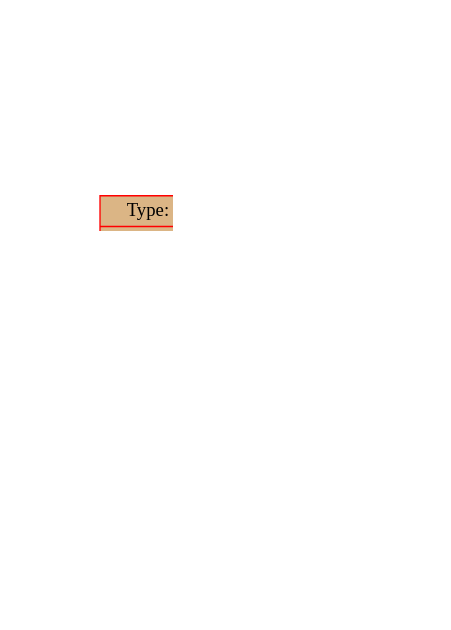
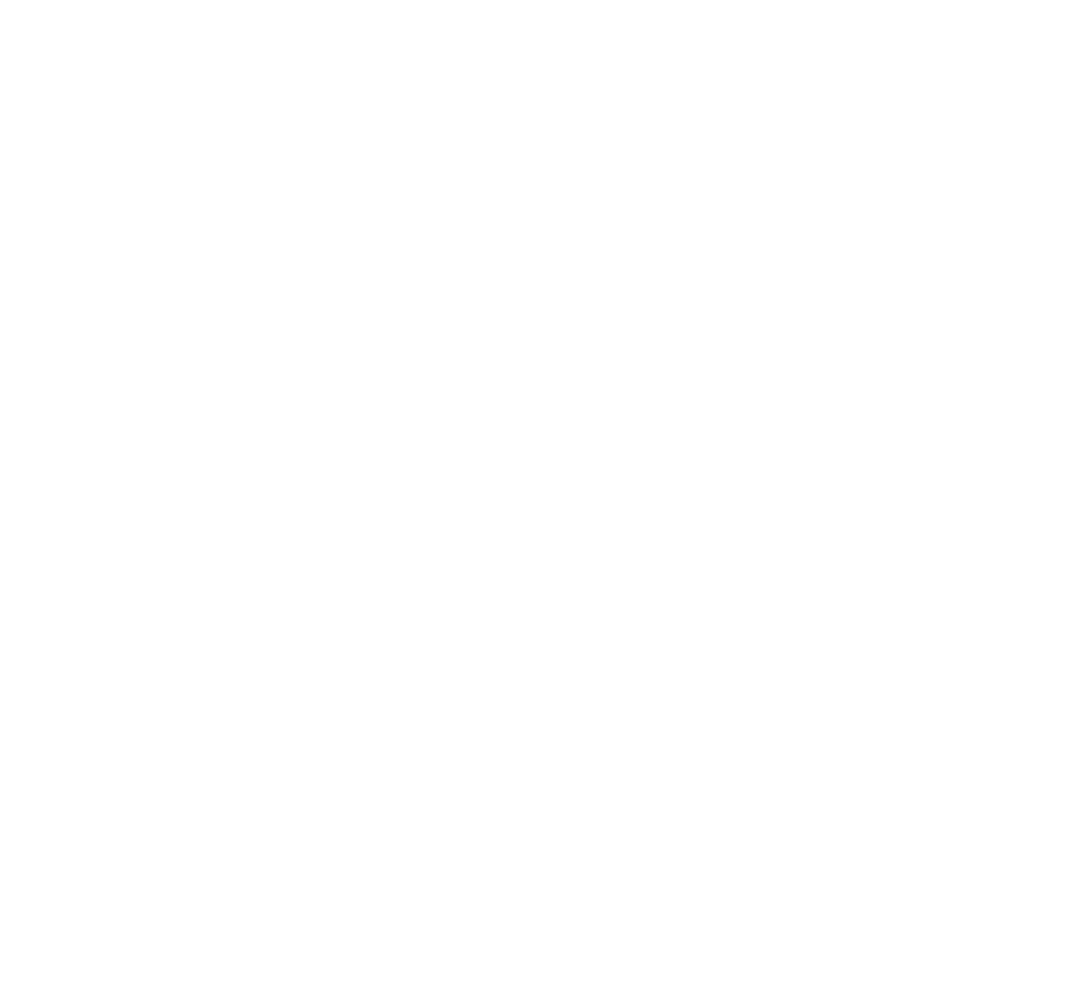
One commit to dodokek/Derivative-Calculator changed the diagram in data/graph.dot. Above: the diagram before and after it, drawn with Graphviz. The commit also changed 4 other files, not shown here.

```diff
--- a/data/graph.dot
+++ b/data/graph.dot
@@ -1,28 +1,52 @@
 
     digraph g {
         dpi      = 200;
         fontname = "Comic Sans MS";
         fontsize = 20;
         rankdir   =  TB;
         edge [color = darkgrey, arrowhead = onormal, arrowsize = 1, penwidth = 1.2]
         graph[fillcolor = lightgreen, ranksep = 1.3, nodesep = 0.5,
         style = "rounded, filled",color = green, penwidth = 2]
 
-    Node000001ccecea1d40[shape=record, width=0.2, style="filled", color="red", fillcolor="#DBB585",label=" {Type: operation | value: ^}"] 
+    Node0000020a9eca6700[shape=record, width=0.2, style="filled", color="red", fillcolor="#DBB585",label=" {Type: operation | value: +}"] 
  
-Node000001ccecea1ce0[shape=record, width=0.2, style="filled", color="red", fillcolor="#DBB585",label=" {Type: operation | value: sin}"] 
+Node0000020a9eca6610[shape=record, width=0.2, style="filled", color="red", fillcolor="#DBB585",label=" {Type: operation | value: -}"] 
  
-Node000001ccecea1cb0[shape=record, width=0.2, style="filled", color="red", fillcolor="#DBB585",label=" {Type: operation | value: \cdot}"] 
+Node0000020a9eca1d40[shape=record, width=0.2, style="filled", color="red", fillcolor="#DBB585",label=" {Type: operation | value: ^}"] 
  
-Node000001ccecea1c50[shape=record, width=0.2, style="filled", color="red", fillcolor="#DB8E21",label=" {Type: number | value: 2}"] 
+Node0000020a9eca1ce0[shape=record, width=0.2, style="filled", color="red", fillcolor="#DBB585",label=" {Type: operation | value: sin}"] 
  
-Node000001ccecea1c80[shape=record, width=0.2, style="filled", color="red", fillcolor="#19DB27",label=" {Type: variable | value: x}"] 
+Node0000020a9eca1cb0[shape=record, width=0.2, style="filled", color="red", fillcolor="#DBB585",label=" {Type: operation | value: \cdot}"] 
  
-Node000001ccecea1d10[shape=record, width=0.2, style="filled", color="red", fillcolor="#DB8E21",label=" {Type: number | value: 5}"] 
+Node0000020a9eca1c50[shape=record, width=0.2, style="filled", color="red", fillcolor="#DB8E21",label=" {Type: number | value: 2}"] 
  
-Node000001ccecea1d40->Node000001ccecea1ce0
-Node000001ccecea1ce0->Node000001ccecea1cb0
-Node000001ccecea1cb0->Node000001ccecea1c50
-Node000001ccecea1cb0->Node000001ccecea1c80
-Node000001ccecea1d40->Node000001ccecea1d10
+Node0000020a9eca1c80[shape=record, width=0.2, style="filled", color="red", fillcolor="#19DB27",label=" {Type: variable | value: x}"] 
+ 
+Node0000020a9eca1d10[shape=record, width=0.2, style="filled", color="red", fillcolor="#DB8E21",label=" {Type: number | value: 5}"] 
+ 
+Node0000020a9eca1da0[shape=record, width=0.2, style="filled", color="red", fillcolor="#DBB585",label=" {Type: operation | value: cos}"] 
+ 
+Node0000020a9eca1d70[shape=record, width=0.2, style="filled", color="red", fillcolor="#19DB27",label=" {Type: variable | value: x}"] 
+ 
+Node0000020a9eca66d0[shape=record, width=0.2, style="filled", color="red", fillcolor="#DBB585",label=" {Type: operation | value: ln}"] 
+ 
+Node0000020a9eca66a0[shape=record, width=0.2, style="filled", color="red", fillcolor="#DBB585",label=" {Type: operation | value: /}"] 
+ 
+Node0000020a9eca6640[shape=record, width=0.2, style="filled", color="red", fillcolor="#DB8E21",label=" {Type: number | value: 4}"] 
+ 
+Node0000020a9eca6670[shape=record, width=0.2, style="filled", color="red", fillcolor="#19DB27",label=" {Type: variable | value: x}"] 
+ 
+Node0000020a9eca6700->Node0000020a9eca6610
+Node0000020a9eca6610->Node0000020a9eca1d40
+Node0000020a9eca1d40->Node0000020a9eca1ce0
+Node0000020a9eca1ce0->Node0000020a9eca1cb0
+Node0000020a9eca1cb0->Node0000020a9eca1c50
+Node0000020a9eca1cb0->Node0000020a9eca1c80
+Node0000020a9eca1d40->Node0000020a9eca1d10
+Node0000020a9eca6610->Node0000020a9eca1da0
+Node0000020a9eca1da0->Node0000020a9eca1d70
+Node0000020a9eca6700->Node0000020a9eca66d0
+Node0000020a9eca66d0->Node0000020a9eca66a0
+Node0000020a9eca66a0->Node0000020a9eca6640
+Node0000020a9eca66a0->Node0000020a9eca6670
 }
```
